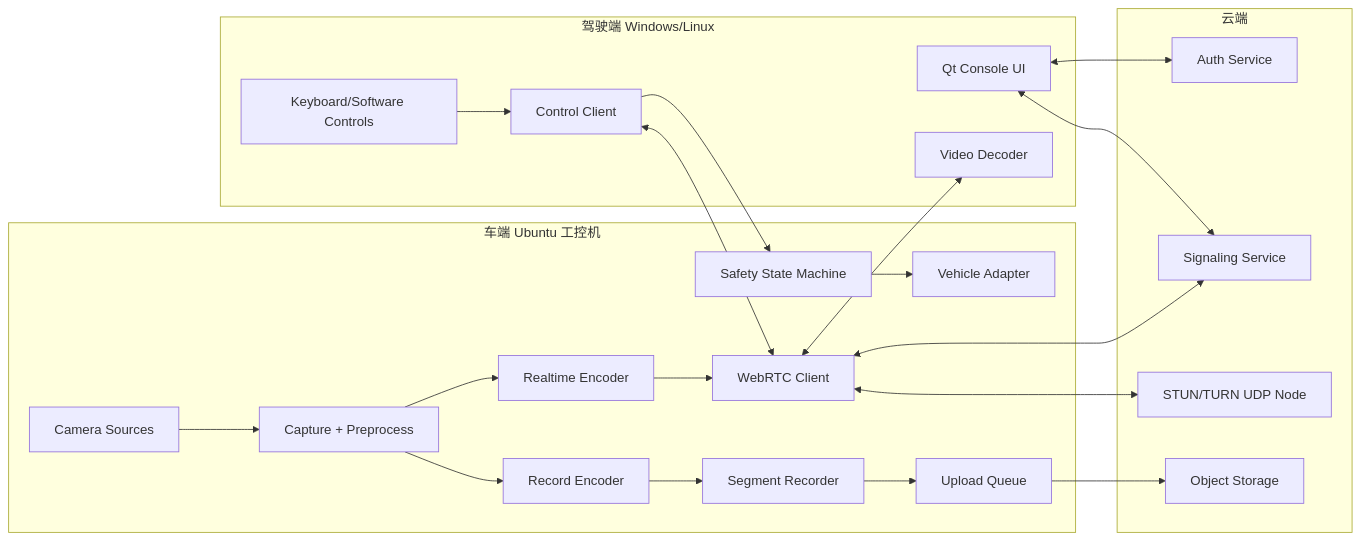
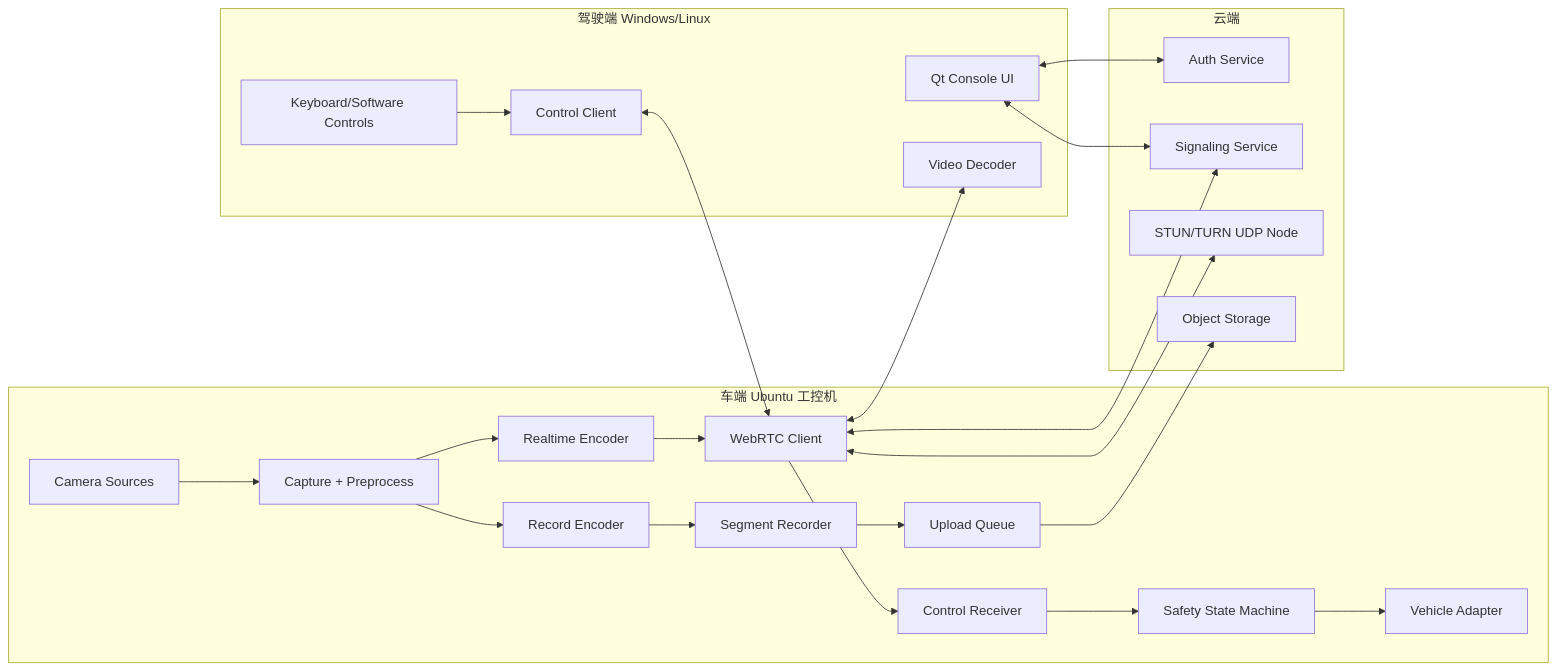
One commit to JR-Rong/MineTeleop changed the diagram in docs/02-system-architecture.md. Above: the diagram before and after it, drawn with Mermaid. The commit also changed other lines of this file and 13 other files, not shown here.

````diff
--- a/docs/02-system-architecture.md
+++ b/docs/02-system-architecture.md
@@ -12,45 +12,47 @@
 ```mermaid
 flowchart LR
   subgraph Vehicle["车端 Ubuntu 工控机"]
     Cameras["Camera Sources"]
     Capture["Capture + Preprocess"]
     RealtimeEnc["Realtime Encoder"]
     RecordEnc["Record Encoder"]
     WebRTCClient["WebRTC Client"]
+    ControlRx["Control Receiver"]
     VehicleAdapter["Vehicle Adapter"]
     Safety["Safety State Machine"]
     Recorder["Segment Recorder"]
     Uploader["Upload Queue"]
   end
 
   subgraph Cloud["云端"]
     Auth["Auth Service"]
     Signaling["Signaling Service"]
     Turn["STUN/TURN UDP Node"]
     Storage["Object Storage"]
   end
 
   subgraph Driver["驾驶端 Windows/Linux"]
     UI["Qt Console UI"]
     Decoder["Video Decoder"]
     Input["Keyboard/Software Controls"]
     ControlClient["Control Client"]
   end
 
   Cameras --> Capture
   Capture --> RealtimeEnc
   Capture --> RecordEnc
   RealtimeEnc --> WebRTCClient
   RecordEnc --> Recorder
   Recorder --> Uploader
   Uploader --> Storage
   WebRTCClient <--> Turn
   WebRTCClient <--> Decoder
   Input --> ControlClient
   ControlClient <--> WebRTCClient
-  ControlClient --> Safety
+  WebRTCClient --> ControlRx
+  ControlRx --> Safety
   Safety --> VehicleAdapter
   UI <--> Auth
   UI <--> Signaling
   WebRTCClient <--> Signaling
 ```
````
